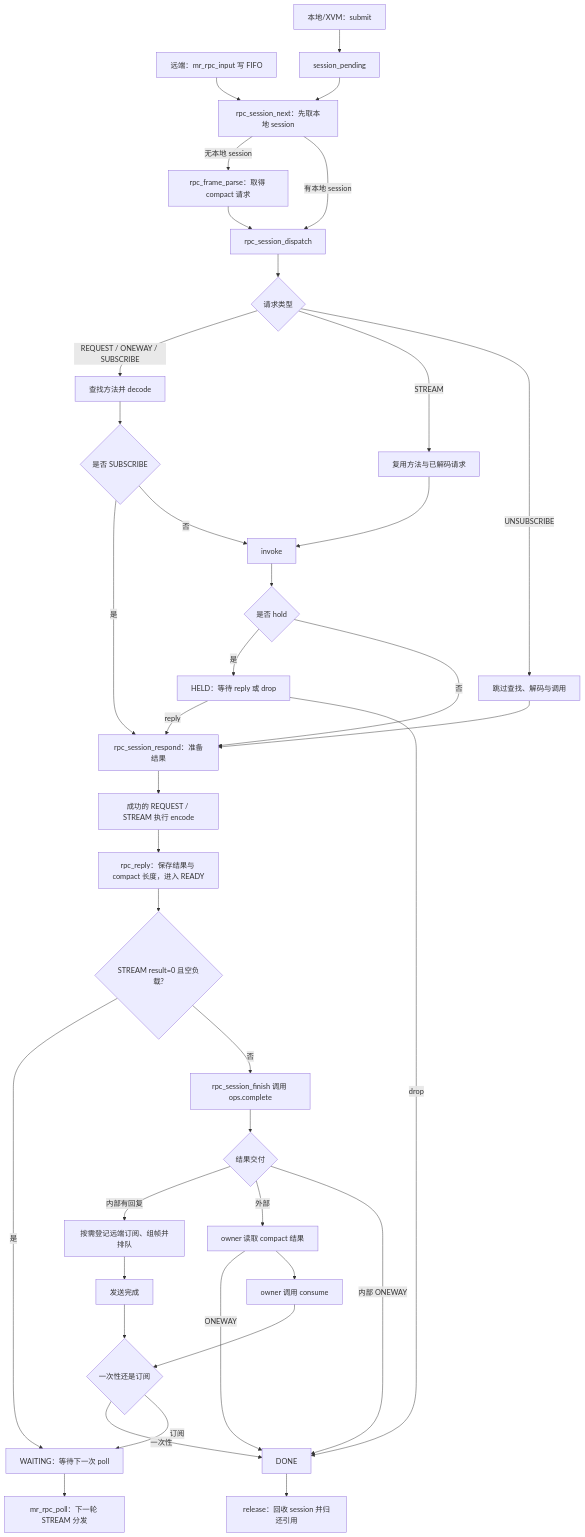
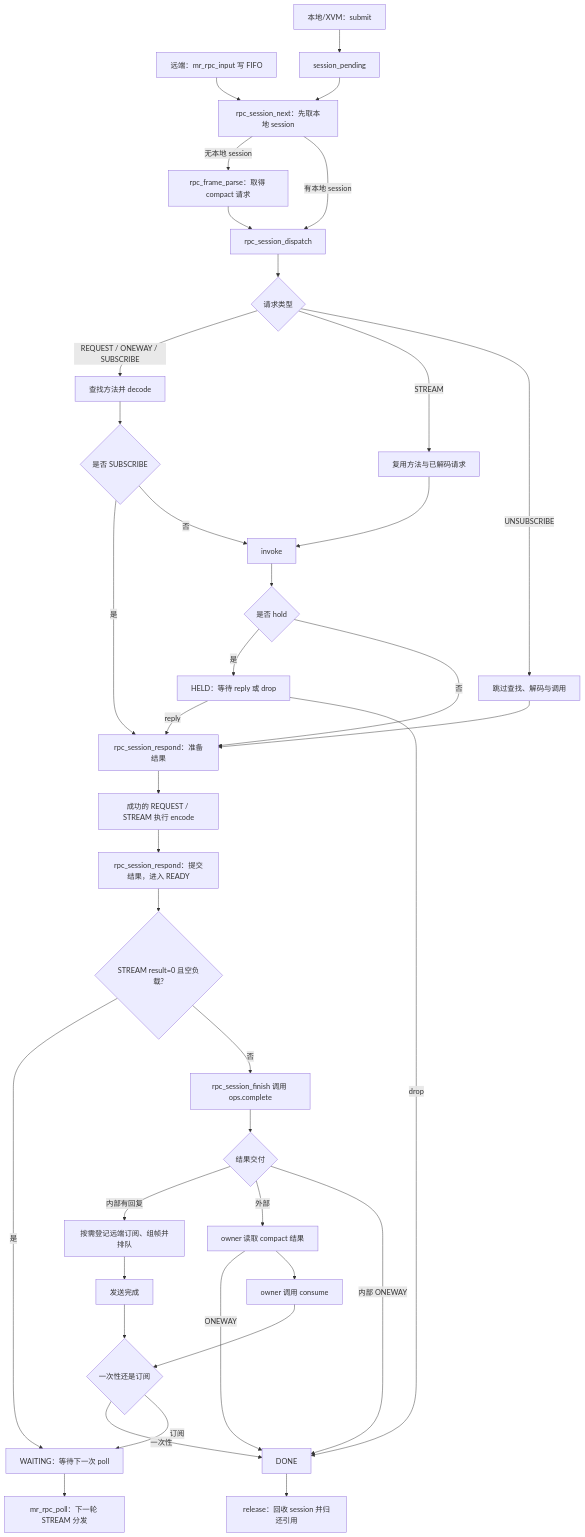
Before and after one commit to Mac-Rsh/mrX: the first of 2 diagrams in document/modules/rpc/rpc.md, drawn with Mermaid. The commit also changed other lines of this file and 200 other files, not shown here.

````diff
--- a/document/modules/rpc/rpc.md
+++ b/document/modules/rpc/rpc.md
@@ -702,41 +801,41 @@
 ```mermaid
 flowchart TB
     remote["远端：mr_rpc_input 写 FIFO"] --> next["rpc_session_next：先取本地 session"]
     local["本地/XVM：submit"] --> pending["session_pending"]
     pending --> next
     next -->|无本地 session| parse["rpc_frame_parse：取得 compact 请求"]
     next -->|有本地 session| dispatch["rpc_session_dispatch"]
     parse --> dispatch
     dispatch --> kind{"请求类型"}
     kind -->|REQUEST / ONEWAY / SUBSCRIBE| decode["查找方法并 decode"]
     kind -->|STREAM| stream["复用方法与已解码请求"]
     kind -->|UNSUBSCRIBE| control["跳过查找、解码与调用"]
     decode --> initial{"是否 SUBSCRIBE"}
     initial -->|是| prepare["rpc_session_respond：准备结果"]
     initial -->|否| invoke["invoke"]
     stream --> invoke
     invoke --> hold{"是否 hold"}
     hold -->|是| held["HELD：等待 reply 或 drop"]
     held -->|reply| prepare
     held -->|drop| done["DONE"]
     hold -->|否| prepare
     control --> prepare
     prepare --> encode["成功的 REQUEST / STREAM 执行 encode"]
-    encode --> ready["rpc_reply：保存结果与 compact 长度，进入 READY"]
+    encode --> ready["rpc_session_respond：提交结果，进入 READY"]
     ready --> empty{"STREAM result=0 且空负载?"}
     empty -->|是| waiting["WAITING：等待下一次 poll"]
     empty -->|否| complete["rpc_session_finish 调用 ops.complete"]
     complete --> owner{"结果交付"}
     owner -->|内部有回复| remote_out["按需登记远端订阅、组帧并排队"]
     owner -->|外部| external["owner 读取 compact 结果"]
     owner -->|内部 ONEWAY| done
     remote_out --> sent["发送完成"]
     external -->|ONEWAY| done
     external --> consumed["owner 调用 consume"]
     sent --> next_state{"一次性还是订阅"}
     consumed --> next_state
     next_state -->|一次性| done
     next_state -->|订阅| waiting
     waiting --> poll["mr_rpc_poll：下一轮 STREAM 分发"]
     done --> release["release：回收 session 并归还引用"]
 ```
````
